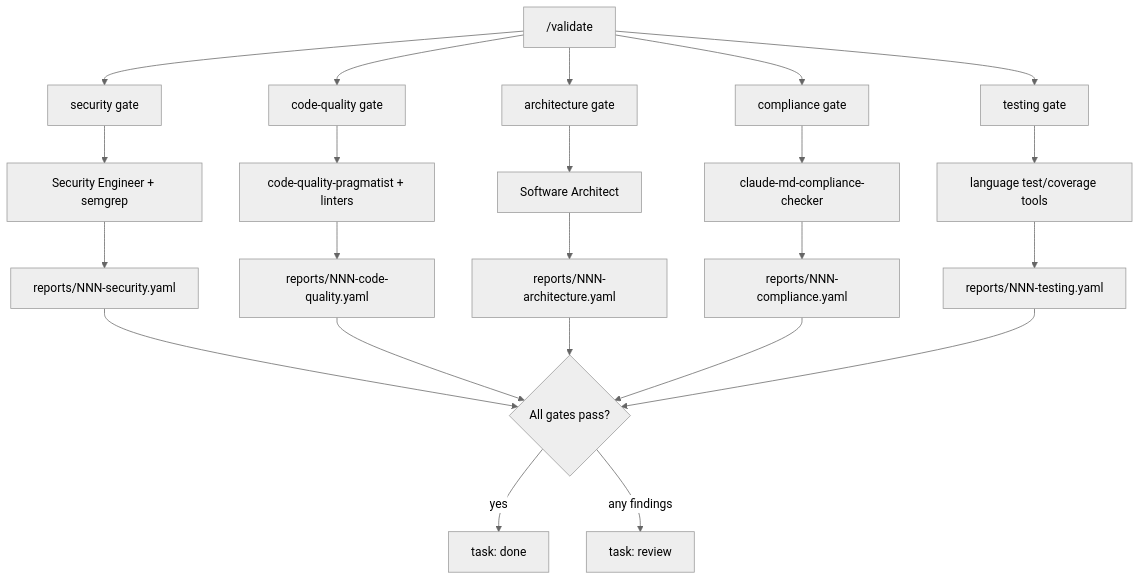
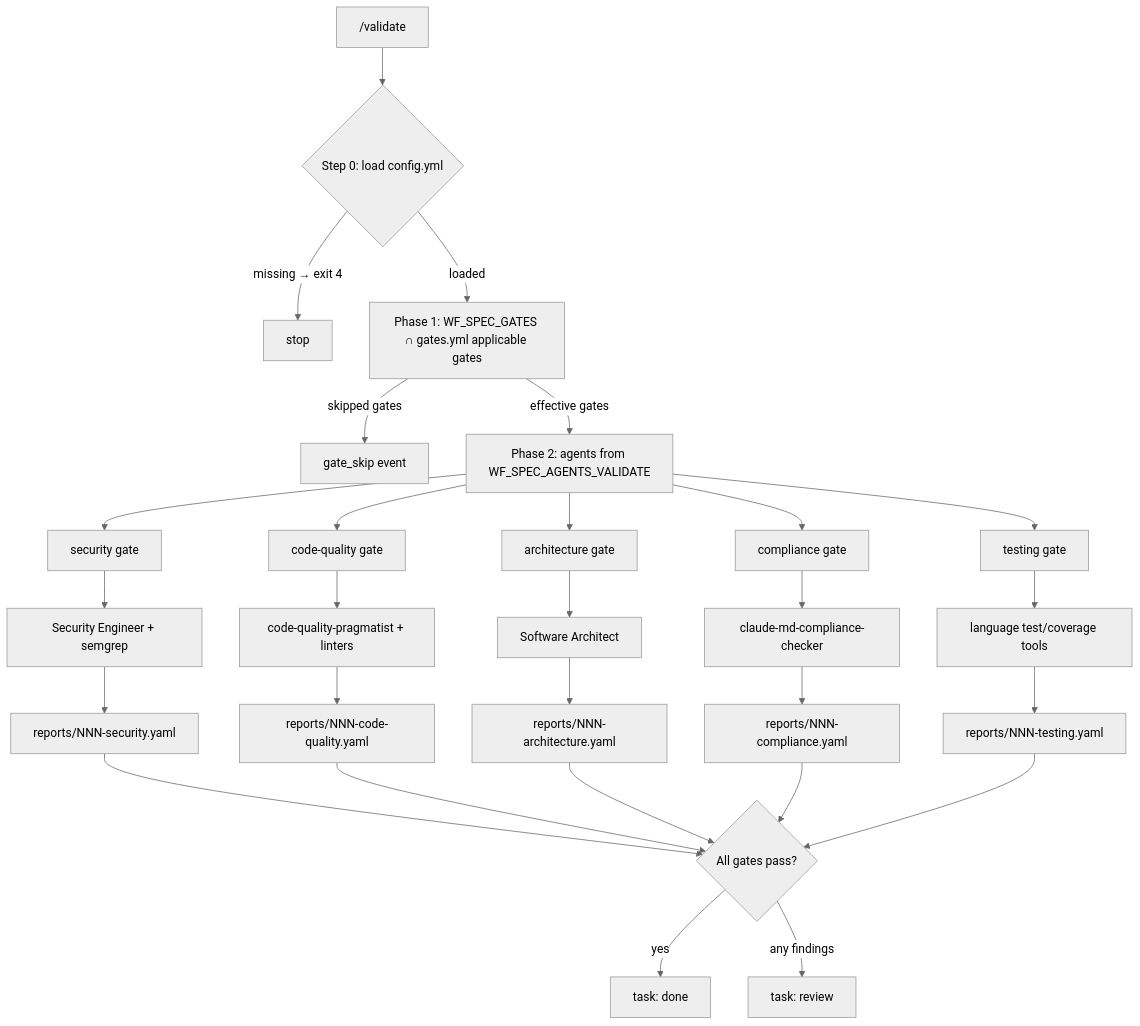
One commit to AlarQ/SDD-hub changed the third of 14 diagrams in docs/workflow-diagram.md. Above: the diagram before and after it, drawn with Mermaid (neutral theme). The commit also changed other lines of this file and 79 other files, not shown here.

````diff
--- a/docs/workflow-diagram.md
+++ b/docs/workflow-diagram.md
@@ -108,28 +113,34 @@
 ```mermaid
 graph TD
-    V["/validate"] --> G1[security gate]
-    V --> G2[code-quality gate]
-    V --> G3[architecture gate]
-    V --> G4[compliance gate]
-    V --> G5[testing gate]
+    V["/validate"] --> CFG0{Step 0: load config.yml}
+    CFG0 -->|missing → exit 4| STOP_V[stop]
+    CFG0 -->|loaded| CEIL["Phase 1: WF_SPEC_GATES ∩ gates.yml applicable gates"]
+    CEIL -->|skipped gates| SKIP[gate_skip event]
+    CEIL -->|effective gates| AGT["Phase 2: agents from WF_SPEC_AGENTS_VALIDATE"]
+
+    AGT --> G1[security gate]
+    AGT --> G2[code-quality gate]
+    AGT --> G3[architecture gate]
+    AGT --> G4[compliance gate]
+    AGT --> G5[testing gate]
 
     G1 --> A1[Security Engineer + semgrep]
     G2 --> A2[code-quality-pragmatist + linters]
     G3 --> A3[Software Architect]
     G4 --> A4[claude-md-compliance-checker]
     G5 --> A5[language test/coverage tools]
 
     A1 --> R1[reports/NNN-security.yaml]
     A2 --> R2[reports/NNN-code-quality.yaml]
     A3 --> R3[reports/NNN-architecture.yaml]
     A4 --> R4[reports/NNN-compliance.yaml]
     A5 --> R5[reports/NNN-testing.yaml]
 
     R1 --> AGG{All gates pass?}
     R2 --> AGG
     R3 --> AGG
     R4 --> AGG
     R5 --> AGG
     AGG -->|yes| DONE[task: done]
     AGG -->|any findings| REVIEW[task: review]
 ```
````
